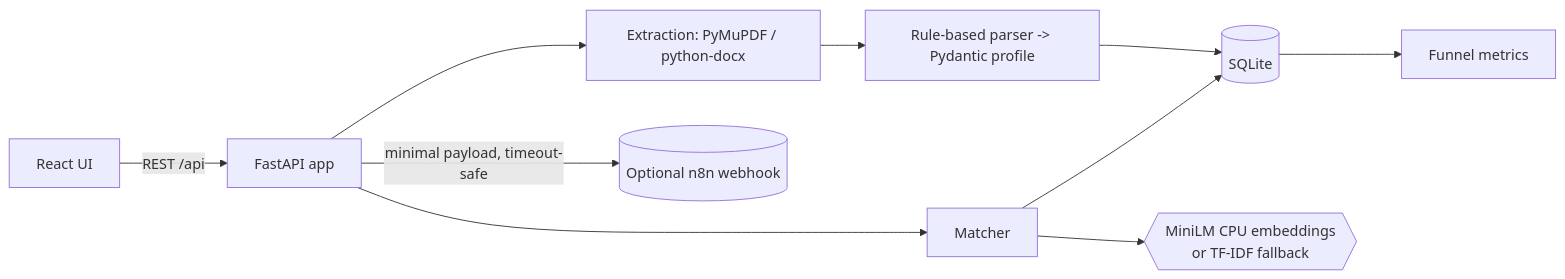
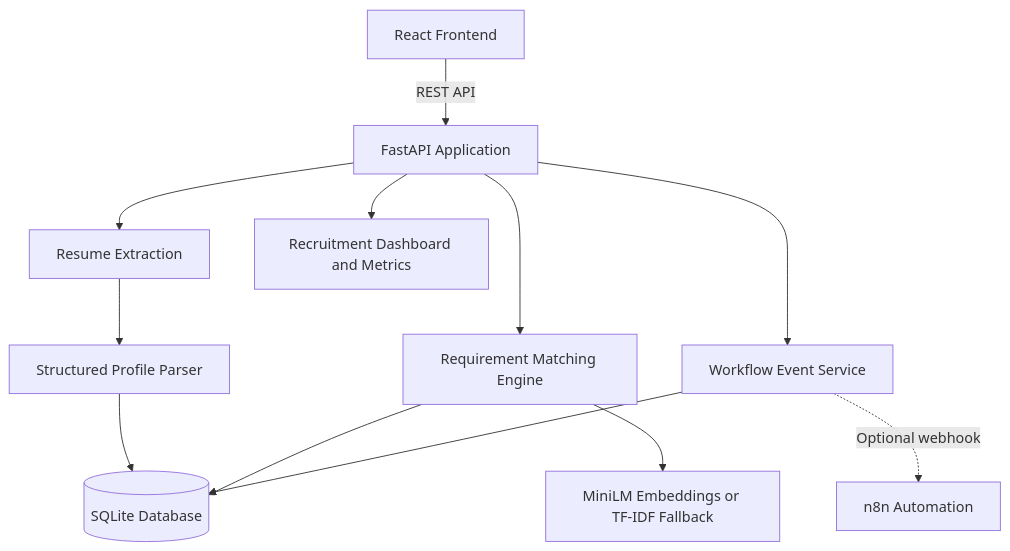
The diagram in README.md (IshitaBhadoriya/TalentOps-AI), drawn with Mermaid before and after one commit. The commit also changed other lines of this file, not shown here.

````diff
--- a/README.md
+++ b/README.md
@@ -29,12 +71,14 @@
 ```mermaid
-flowchart LR
-  UI[React UI] -->|REST /api| API[FastAPI app]
-  API --> EX[Extraction: PyMuPDF / python-docx]
-  EX --> PA[Rule-based parser -> Pydantic profile]
-  PA --> DB[(SQLite)]
-  API --> MA[Matcher]
-  MA --> EM{{MiniLM CPU embeddings<br/>or TF-IDF fallback}}
-  MA --> DB
-  API -->|minimal payload, timeout-safe| N8N[(Optional n8n webhook)]
-  DB --> MET[Funnel metrics]
+flowchart TD
+    UI[React Frontend] -->|REST API| API[FastAPI Application]
+    API --> EXT[Resume Extraction]
+    EXT --> PARSE[Structured Profile Parser]
+    PARSE --> DB[(SQLite Database)]
+    API --> MATCH[Requirement Matching Engine]
+    MATCH --> MODEL[MiniLM Embeddings or TF-IDF Fallback]
+    MATCH --> DB
+    API --> DASH[Recruitment Dashboard and Metrics]
+    API --> EVENT[Workflow Event Service]
+    EVENT --> DB
+    EVENT -. Optional webhook .-> N8N[n8n Automation]
 ```
````
